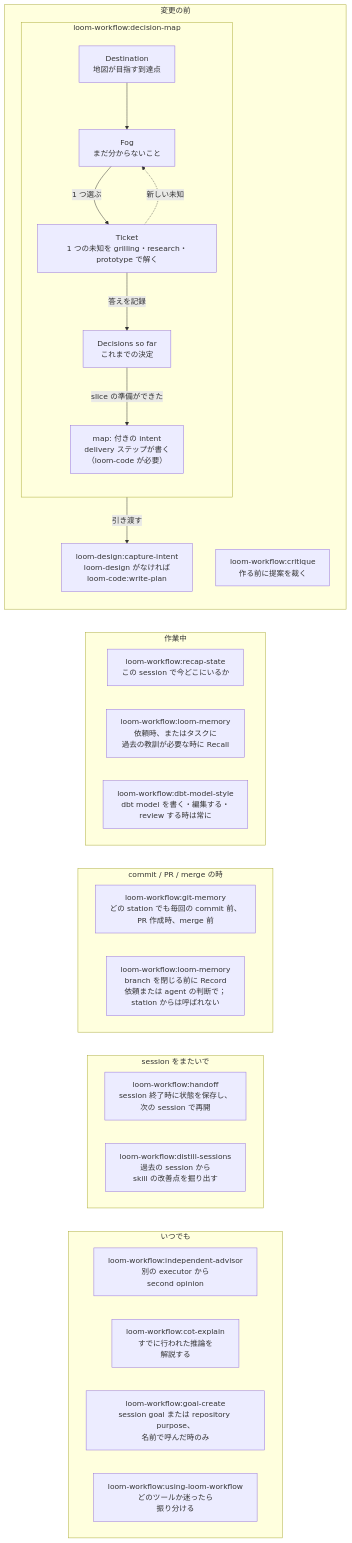
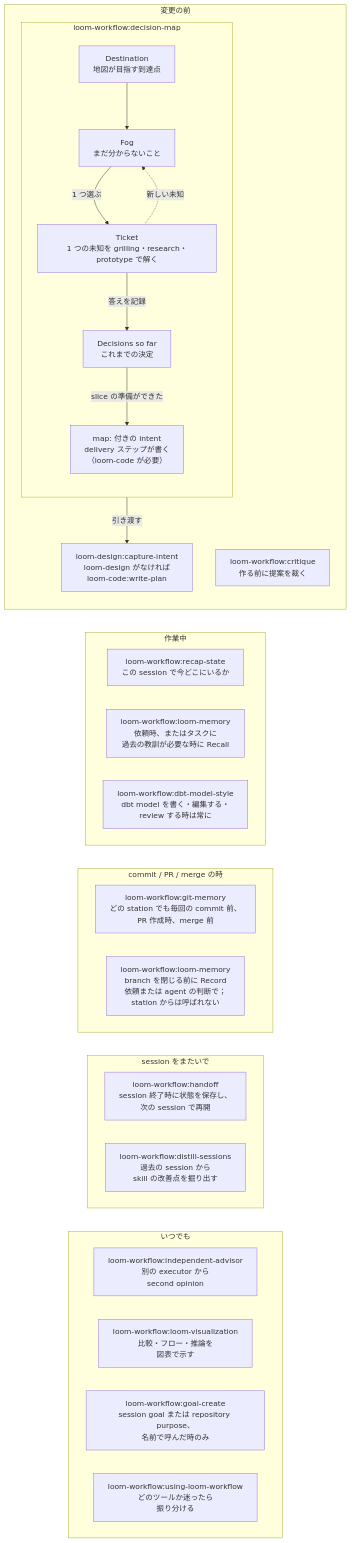
The diagram in loom-workflow/README.ja.md (kouko/loom-plugins), drawn with Mermaid before and after one commit. The commit also changed other lines of this file and 156 other files, not shown here.

First line of the commit message:
feat(loom-workflow)!: loom-visualization replaces cot-explain (#7)

````diff
--- a/loom-workflow/README.ja.md
+++ b/loom-workflow/README.ja.md
@@ -33,52 +33,52 @@
 ```mermaid
 %%{init: {"flowchart": {"wrappingWidth": 320}}}%%
 flowchart TD
     subgraph before["変更の前"]
         direction TB
         subgraph dm["loom-workflow:decision-map"]
             direction TB
             dest["Destination<br/>地図が目指す到達点"]
             fog["Fog<br/>まだ分からないこと"]
             ticket["Ticket<br/>1 つの未知を grilling・research・prototype で解く"]
             log["Decisions so far<br/>これまでの決定"]
             slice["map: 付きの intent<br/>delivery ステップが書く<br/>（loom-code が必要）"]
         end
         station["loom-design:capture-intent<br/>loom-design がなければ<br/>loom-code:write-plan"]
         critique["loom-workflow:critique<br/>作る前に提案を裁く"]
     end
 
     subgraph working["作業中"]
         recap["loom-workflow:recap-state<br/>この session で今どこにいるか"]
         recall["loom-workflow:loom-memory<br/>依頼時、またはタスクに<br/>過去の教訓が必要な時に Recall"]
         dbt["loom-workflow:dbt-model-style<br/>dbt model を書く・編集する・<br/>review する時は常に"]
     end
 
     subgraph commit["commit / PR / merge の時"]
         gitmem["loom-workflow:git-memory<br/>どの station でも毎回の commit 前、<br/>PR 作成時、merge 前"]
         record["loom-workflow:loom-memory<br/>branch を閉じる前に Record<br/>依頼または agent の判断で；<br/>station からは呼ばれない"]
     end
 
     subgraph sessions["session をまたいで"]
         handoff["loom-workflow:handoff<br/>session 終了時に状態を保存し、<br/>次の session で再開"]
         distill["loom-workflow:distill-sessions<br/>過去の session から<br/>skill の改善点を掘り出す"]
     end
 
     subgraph anytime["いつでも"]
         advisor["loom-workflow:independent-advisor<br/>別の executor から<br/>second opinion"]
-        cot["loom-workflow:cot-explain<br/>すでに行われた推論を<br/>解説する"]
+        cot["loom-workflow:loom-visualization<br/>比較・フロー・推論を<br/>図表で示す"]
         goal["loom-workflow:goal-create<br/>session goal または repository purpose、<br/>名前で呼んだ時のみ"]
         router["loom-workflow:using-loom-workflow<br/>どのツールか迷ったら<br/>振り分ける"]
     end
 
     dest --> fog
     fog -->|"1 つ選ぶ"| ticket
     ticket -->|"答えを記録"| log
     ticket -.->|"新しい未知"| fog
     log -->|"slice の準備ができた"| slice
     slice -->|"引き渡す"| station
 
     before ~~~ working
     working ~~~ commit
     commit ~~~ sessions
     sessions ~~~ anytime
 ```
````
